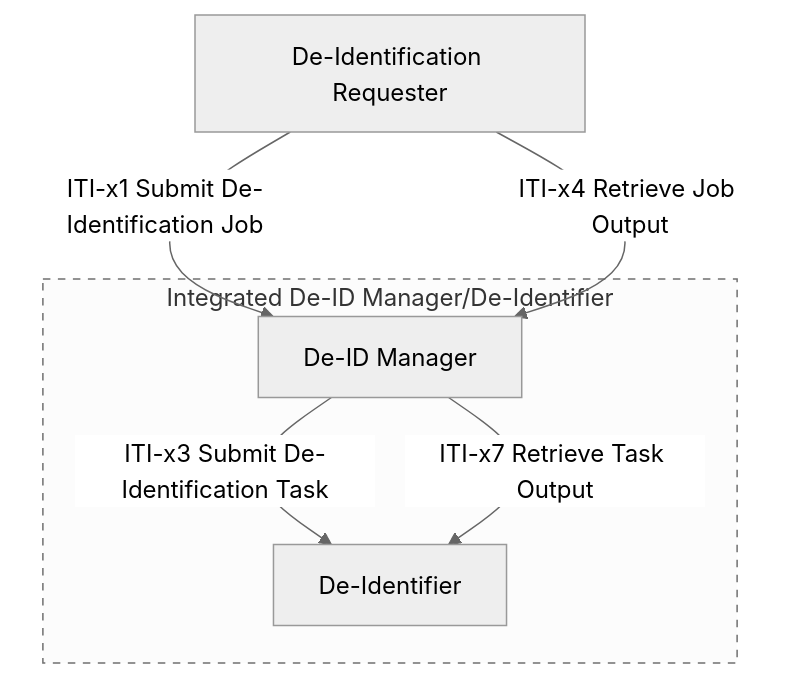
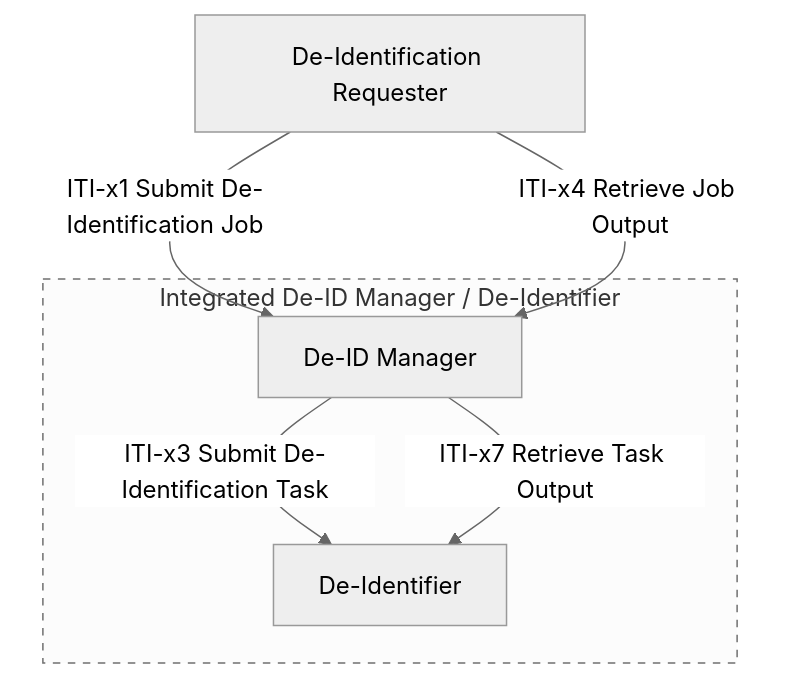
The first of 6 diagrams in input/pagecontent/volume-1.md (IHE/ITI.DIS), drawn with Mermaid (neutral theme) before and after one commit.

Commit message:
Fix mermaid render: add spaces around / in subgraph label
Bare / in mermaid subgraph titles breaks parsing in the IG Publisher.
Add spaces: "Manager / De-Identifier" instead of "Manager/De-Identifier".

````diff
--- a/input/pagecontent/volume-1.md
+++ b/input/pagecontent/volume-1.md
@@ -23,16 +23,16 @@
 ```mermaid
 flowchart TB
     REQ["De-Identification Requester"]
 
-    subgraph INT ["Integrated De-ID Manager/De-Identifier"]
+    subgraph INT ["Integrated De-ID Manager / De-Identifier"]
         MGR["De-ID Manager"]
         DI["De-Identifier"]
     end
 
     REQ -->|"ITI-x1 Submit De-Identification Job"| MGR
     REQ -->|"ITI-x4 Retrieve Job Output"| MGR
     MGR -->|"ITI-x3 Submit De-Identification Task"| DI
     MGR -->|"ITI-x7 Retrieve Task Output"| DI
 
     style INT stroke-dasharray: 5 5
 ```
````
